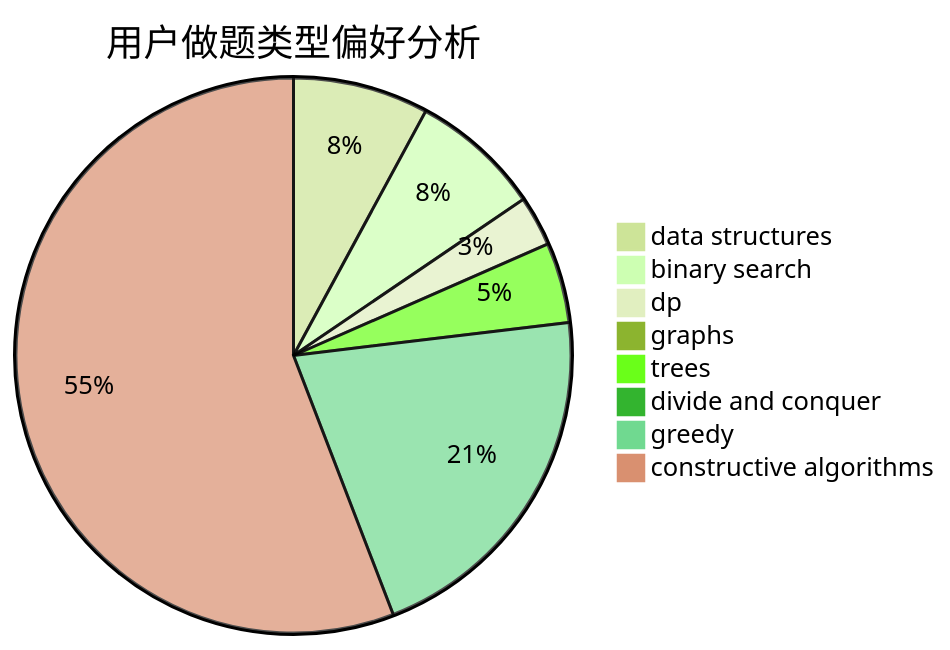
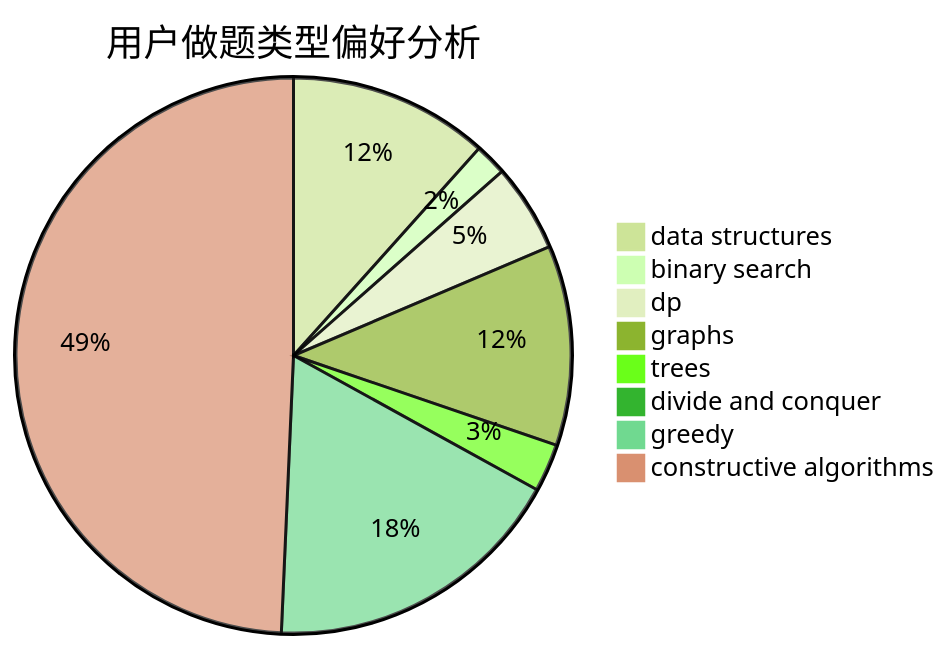
Before and after one commit to sherpahu/cfrs.github.io: the second of 3 diagrams in docs/user/u762.md, drawn with Mermaid (forest theme). The commit also changed other lines of this file and 2770 other files, not shown here.

````diff
--- a/docs/user/u762.md
+++ b/docs/user/u762.md
@@ -23,11 +23,11 @@
 ```mermaid
 pie title 用户做题类型偏好分析
-    "data structures" :  27
-    "binary search" :  26
-    "dp" :  10
-    "graphs" :  3
-    "trees" :  16
-    "divide and conquer" :  1
-    "greedy" :  72
-    "constructive algorithms" :  191
+    "data structures" :  25
+    "binary search" :  4
+    "dp" :  11
+    "graphs" :  25
+    "trees" :  6
+    "divide and conquer" :  0
+    "greedy" :  38
+    "constructive algorithms" :  106
 ```
````
